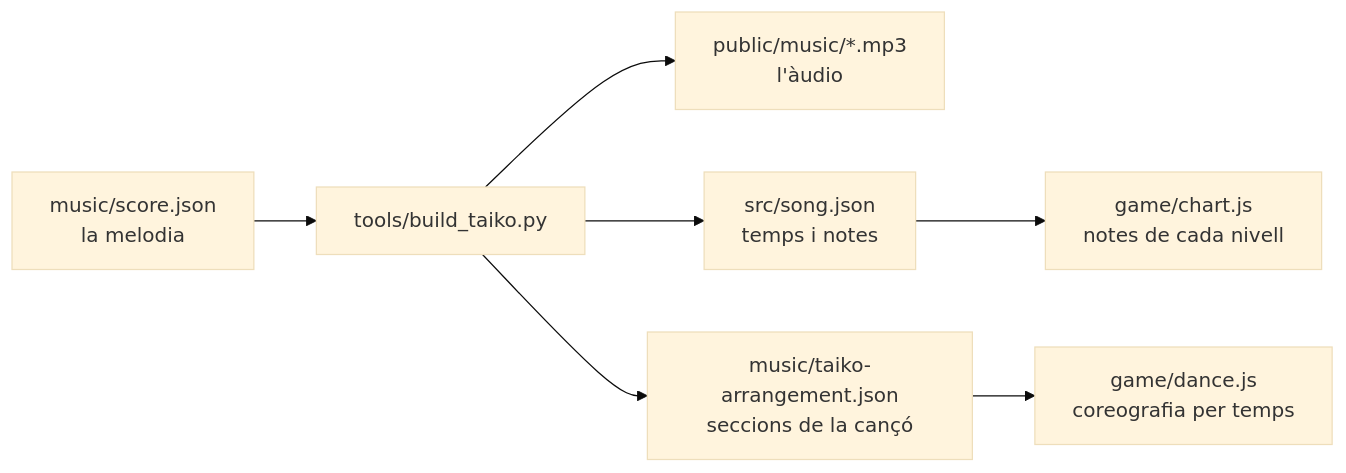
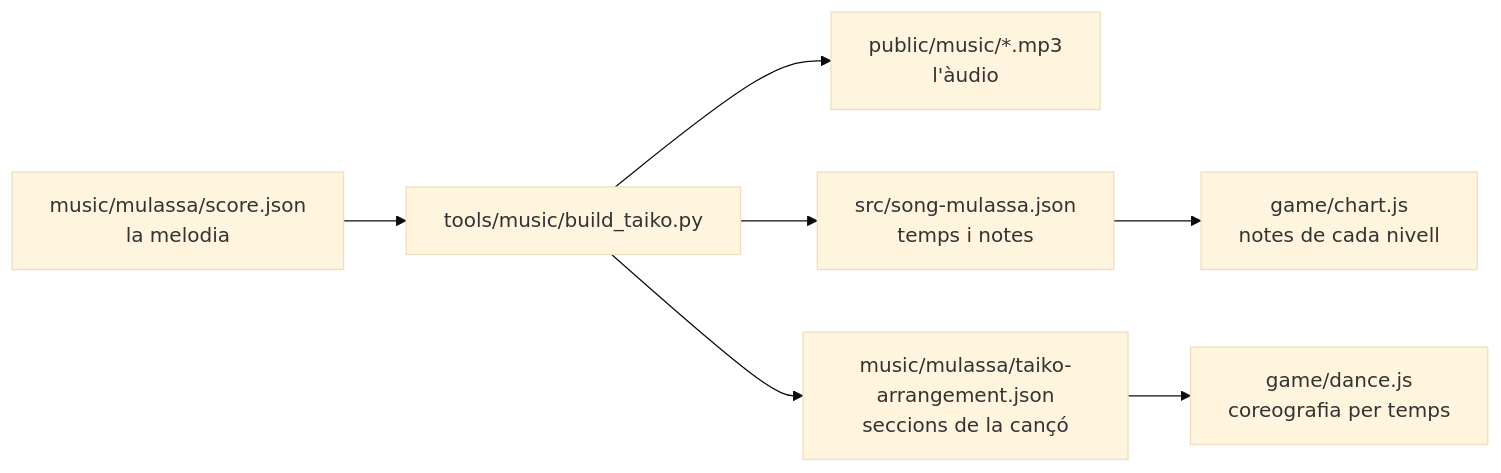
Before and after one commit to mguellsegarra/mulassa-tap-tap-dance: the second of 2 diagrams in README.md, drawn with Mermaid (base theme). The commit also changed other lines of this file and 922 other files, not shown here.

````diff
--- a/README.md
+++ b/README.md
@@ -103,9 +103,9 @@
 ```mermaid
 flowchart LR
-    score["music/score.json<br/>la melodia"] --> py["tools/build_taiko.py"]
+    score["music/mulassa/score.json<br/>la melodia"] --> py["tools/music/build_taiko.py"]
     py --> mp3["public/music/*.mp3<br/>l'àudio"]
-    py --> song["src/song.json<br/>temps i notes"]
-    py --> arr["music/taiko-arrangement.json<br/>seccions de la cançó"]
+    py --> song["src/song-mulassa.json<br/>temps i notes"]
+    py --> arr["music/mulassa/taiko-arrangement.json<br/>seccions de la cançó"]
     song --> chart["game/chart.js<br/>notes de cada nivell"]
     arr --> dance["game/dance.js<br/>coreografia per temps"]
 ```
````
